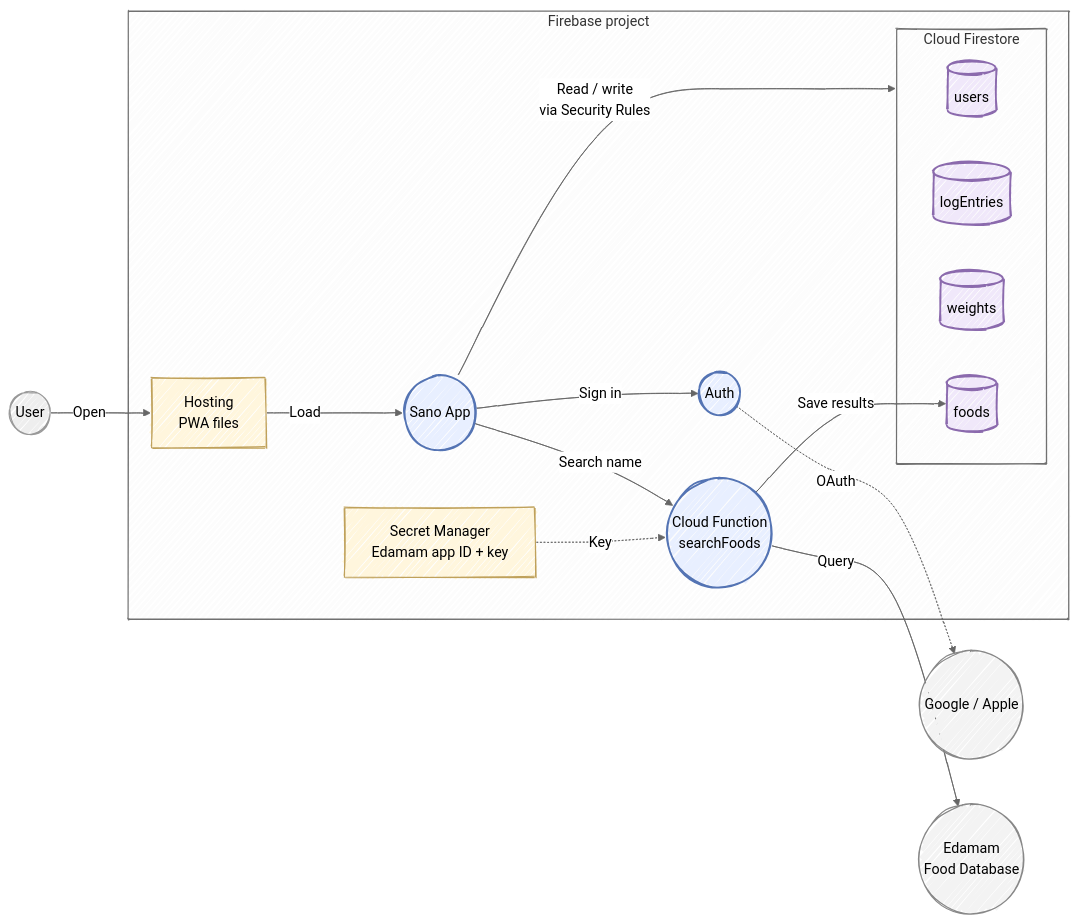
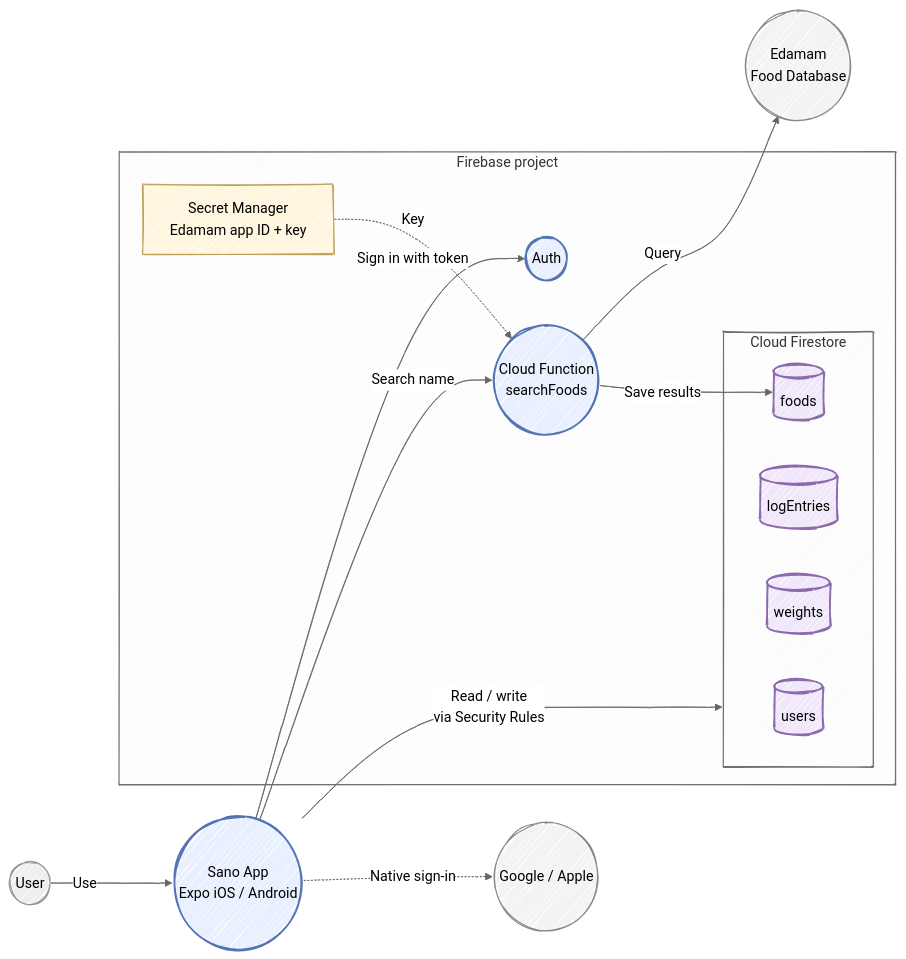
One commit to ai-rayven/wellness-ai changed the first of 4 diagrams in docs/mvp.md. Above: the diagram before and after it, drawn with Mermaid. The commit also changed other lines of this file, not shown here.

Commit message:
MVP docs: Expo + React Native + NativeWind stack
Drops Firebase Hosting, shows native Apple/Google sign-in passing tokens to Firebase Auth,
and notes USDA as the fallback if Edamam's storage terms rule out our design.

Claude-Session: https://claude.ai/code/session_01AUCUZHMS43Mgvj16L2G2sR

````diff
--- a/docs/mvp.md
+++ b/docs/mvp.md
@@ -29,44 +36,43 @@
 ```mermaid
 ---
 config:
   look: handDrawn
   theme: neutral
 ---
 flowchart LR
     user(("User"))
     social(("Google / Apple"))
     edamam(("Edamam<br/>Food Database"))
 
+    app(("Sano App<br/>Expo iOS / Android"))
+
     subgraph fb["Firebase project"]
-        hosting["Hosting<br/>PWA files"]
-        app(("Sano App"))
         auth(("Auth"))
         fn(("Cloud Function<br/>searchFoods"))
         secret["Secret Manager<br/>Edamam app ID + key"]
         subgraph fs["Cloud Firestore"]
             users[("users")]
             logs[("logEntries")]
             weights[("weights")]
             foods[("foods")]
         end
     end
 
-    user -->|"Open"| hosting
-    hosting -->|"Load"| app
-    app -->|"Sign in"| auth
-    auth -.->|"OAuth"| social
+    user -->|"Use"| app
+    app -.->|"Native sign-in"| social
+    app -->|"Sign in with token"| auth
     app -->|"Read / write<br/>via Security Rules"| fs
     app -->|"Search name"| fn
     secret -.->|"Key"| fn
     fn -->|"Query"| edamam
     fn -->|"Save results"| foods
 
     classDef service fill:#e8efff,stroke:#5474b4,stroke-width:2px
     classDef store fill:#f0e8fa,stroke:#8b6aad,stroke-width:2px
     classDef artifact fill:#fff6dd,stroke:#bfa15b
     classDef external fill:#f3f3f3,stroke:#888
     class app,auth,fn service
     class users,foods,logs,weights store
-    class hosting,secret artifact
+    class secret artifact
     class social,edamam external
 ```
````
